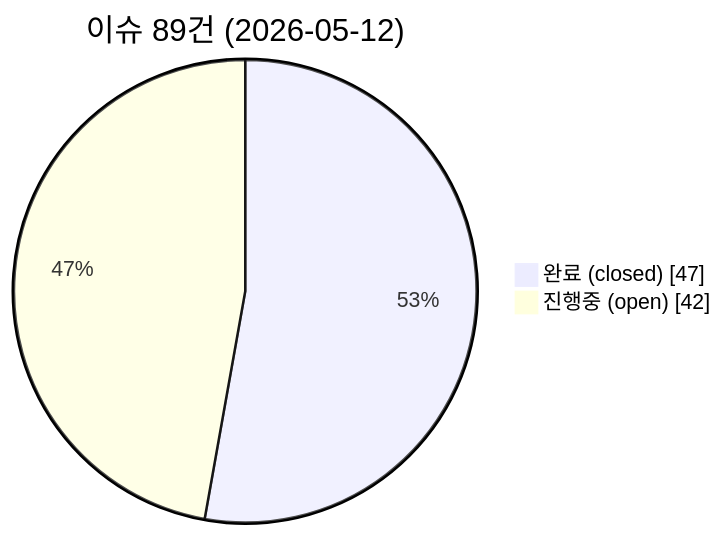
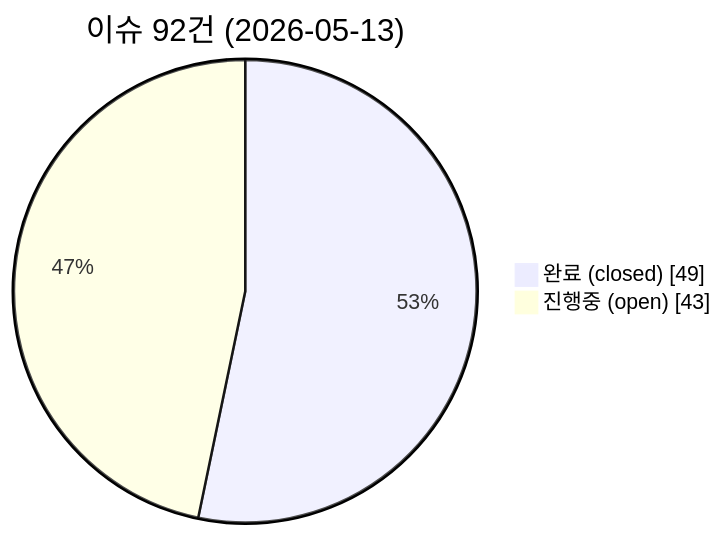
One commit to holee9/MD-process changed the first of 4 diagrams in README.md. Above: the diagram before and after it, drawn with Mermaid. The commit also changed other lines of this file, not shown here.

````diff
--- a/README.md
+++ b/README.md
@@ -89,6 +89,6 @@
 ```mermaid
 pie showData
-    title 이슈 89건 (2026-05-12)
-    "완료 (closed)" : 47
-    "진행중 (open)" : 42
+    title 이슈 92건 (2026-05-13)
+    "완료 (closed)" : 49
+    "진행중 (open)" : 43
 ```
````
